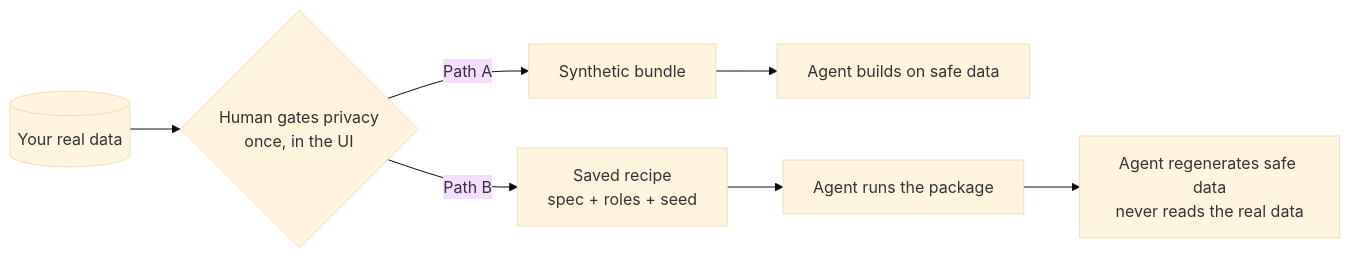
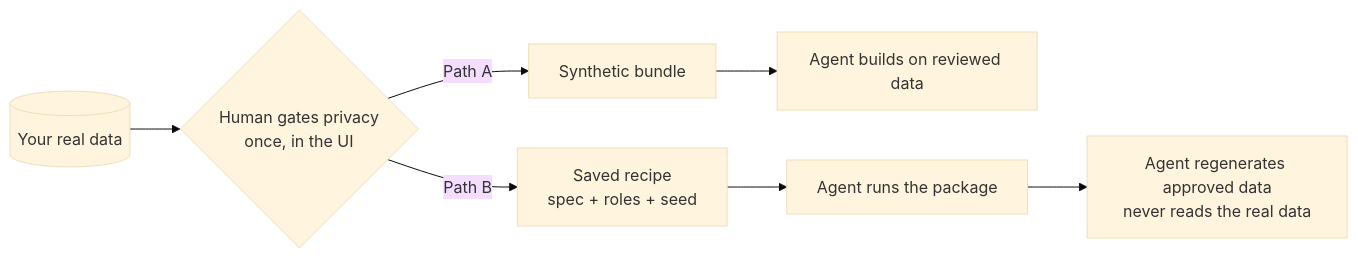
Before and after one commit to lennon-li/dataganger: the diagram in README.md, drawn with Mermaid (base theme). The commit also changed other lines of this file and 27 other files, not shown here.

````diff
--- a/README.md
+++ b/README.md
@@ -43,6 +44,6 @@
 ```mermaid
 flowchart LR
   R[(Your real data)] --> G{Human gates privacy<br/>once, in the UI}
-  G -->|Path A| Bun[Synthetic bundle] --> AG1[Agent builds on safe data]
-  G -->|Path B| Rec[Saved recipe<br/>spec + roles + seed] --> CLI[Agent runs the package] --> AG2[Agent regenerates safe data<br/>never reads the real data]
+  G -->|Path A| Bun[Synthetic bundle] --> AG1[Agent builds on reviewed data]
+  G -->|Path B| Rec[Saved recipe<br/>spec + roles + seed] --> CLI[Agent runs the package] --> AG2[Agent regenerates approved data<br/>never reads the real data]
 ```
````
